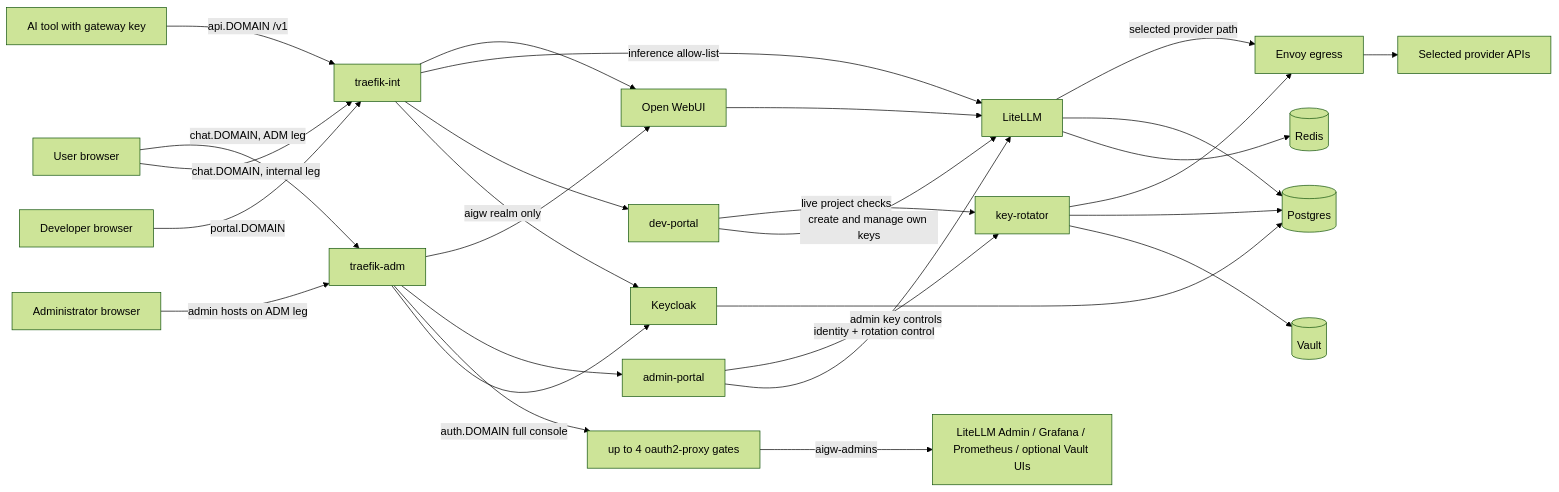
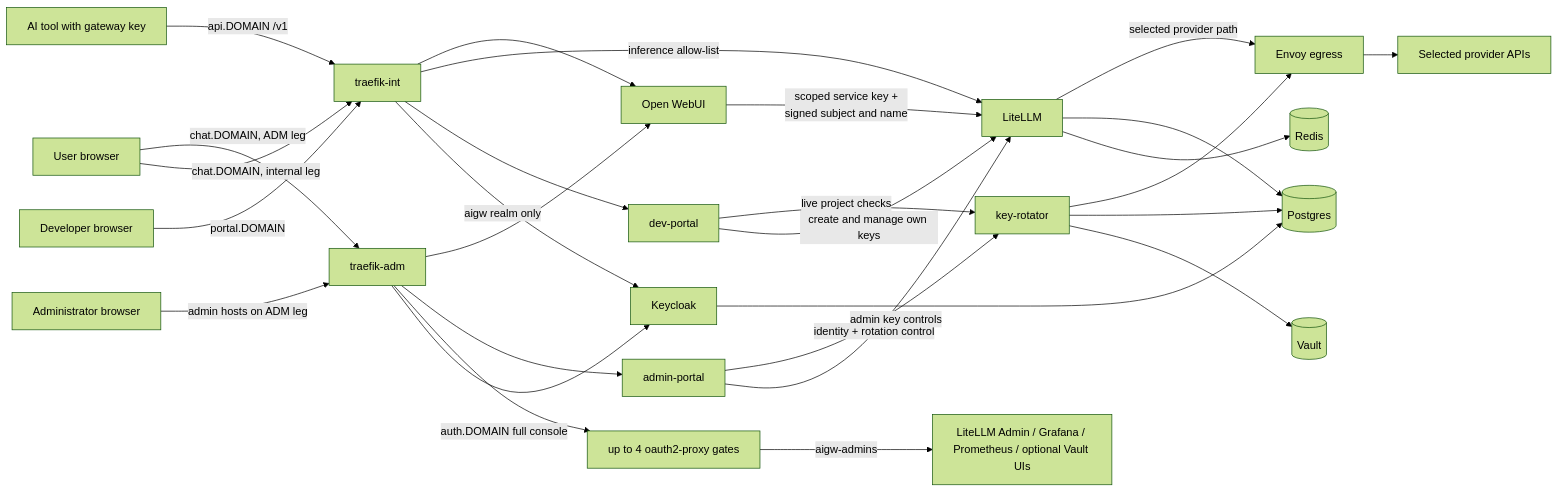
The fourth of 15 diagrams in docs/architecture-diagrams.md (derhornspieler/ai-gateway), drawn with Mermaid (forest theme) before and after one commit. The commit also changed other lines of this file and 66 other files, not shown here.

````diff
--- a/docs/architecture-diagrams.md
+++ b/docs/architecture-diagrams.md
@@ -147,28 +148,28 @@
 ```mermaid
 flowchart LR
   U[User browser] -->|chat.DOMAIN, ADM leg| TA
   U -->|chat.DOMAIN, internal leg| TI
   T[AI tool with gateway key] -->|api.DOMAIN /v1| TI[traefik-int]
   D[Developer browser] -->|portal.DOMAIN| TI
   A[Administrator browser] -->|admin hosts on ADM leg| TA[traefik-adm]
 
-  TA --> OW[Open WebUI] --> LL[LiteLLM]
+  TA --> OW[Open WebUI] -->|scoped service key +<br/>signed subject and name| LL[LiteLLM]
   TI --> OW
   TI -->|inference allow-list| LL
   TI --> DP[dev-portal]
   TI -->|aigw realm only| KC[Keycloak]
 
   TA --> AP[admin-portal]
   TA --> O2[up to 4 oauth2-proxy gates] -->|aigw-admins| ADM_UIS[LiteLLM Admin / Grafana / Prometheus / optional Vault UIs]
   TA -->|auth.DOMAIN full console| KC
 
   DP -->|live project checks| KR[key-rotator]
   DP -->|create and manage own keys| LL
   AP -->|identity + rotation control| KR
   AP -->|admin key controls| LL
   LL -->|selected provider path| EV[Envoy egress] --> V[Selected provider APIs]
   KR --> EV
   LL & KC & KR --> PG[(Postgres)]
   LL --> RD[(Redis)]
   KR --> VT[(Vault)]
 ```
````
